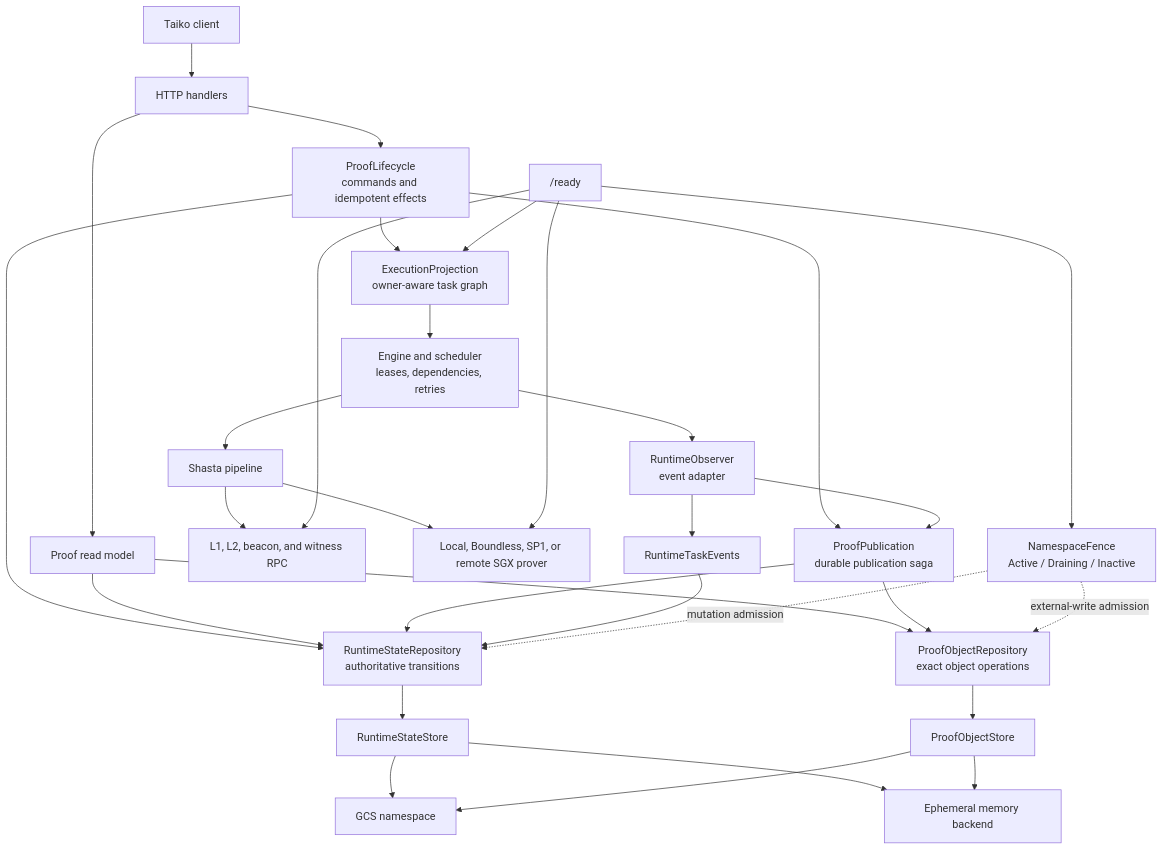
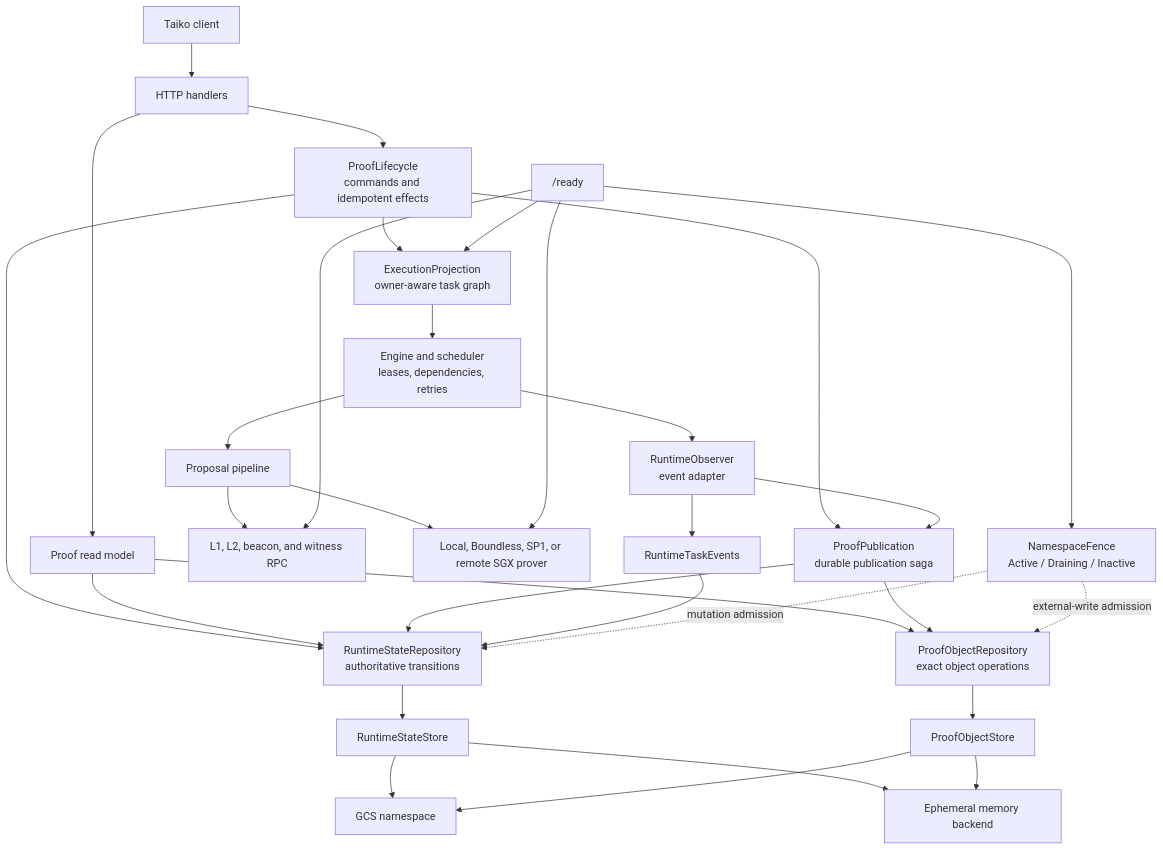
One commit to taikoxyz/raiko2 changed the first of 15 diagrams in docs/architecture.md. Above: the diagram before and after it, drawn with Mermaid. The commit also changed other lines of this file and 12 other files, not shown here.

````diff
--- a/docs/architecture.md
+++ b/docs/architecture.md
@@ -54,37 +54,37 @@
 ```mermaid
 flowchart TB
   Client["Taiko client"] --> API["HTTP handlers"]
   API --> Lifecycle["ProofLifecycle<br/>commands and idempotent effects"]
   API --> ReadModel["Proof read model"]
   Lifecycle --> StateRepo["RuntimeStateRepository<br/>authoritative transitions"]
   Lifecycle --> Projection["ExecutionProjection<br/>owner-aware task graph"]
   Lifecycle --> Publication["ProofPublication<br/>durable publication saga"]
   ReadModel --> StateRepo
   ReadModel --> ObjectRepo["ProofObjectRepository<br/>exact object operations"]
   Publication --> StateRepo
   Publication --> ObjectRepo
 
   Projection --> Engine["Engine and scheduler<br/>leases, dependencies, retries"]
-  Engine --> Pipeline["Shasta pipeline"]
+  Engine --> Pipeline["Proposal pipeline"]
   Pipeline --> RPC["L1, L2, beacon, and witness RPC"]
   Pipeline --> Prover["Local, Boundless, SP1, or remote SGX prover"]
   Engine --> Observer["RuntimeObserver<br/>event adapter"]
   Observer --> Events["RuntimeTaskEvents"]
   Observer --> Publication
   Events --> StateRepo
 
   Fence["NamespaceFence<br/>Active / Draining / Inactive"] -. mutation admission .-> StateRepo
   Fence -. external-write admission .-> ObjectRepo
 
   StateRepo --> StateStore["RuntimeStateStore"]
   ObjectRepo --> ObjectStore["ProofObjectStore"]
   StateStore --> GCS["GCS namespace"]
   ObjectStore --> GCS
   StateStore --> Memory["Ephemeral memory backend"]
   ObjectStore --> Memory
 
   Ready["/ready"] --> RPC
   Ready --> Fence
   Ready --> Projection
   Ready --> Prover
 ```
````
